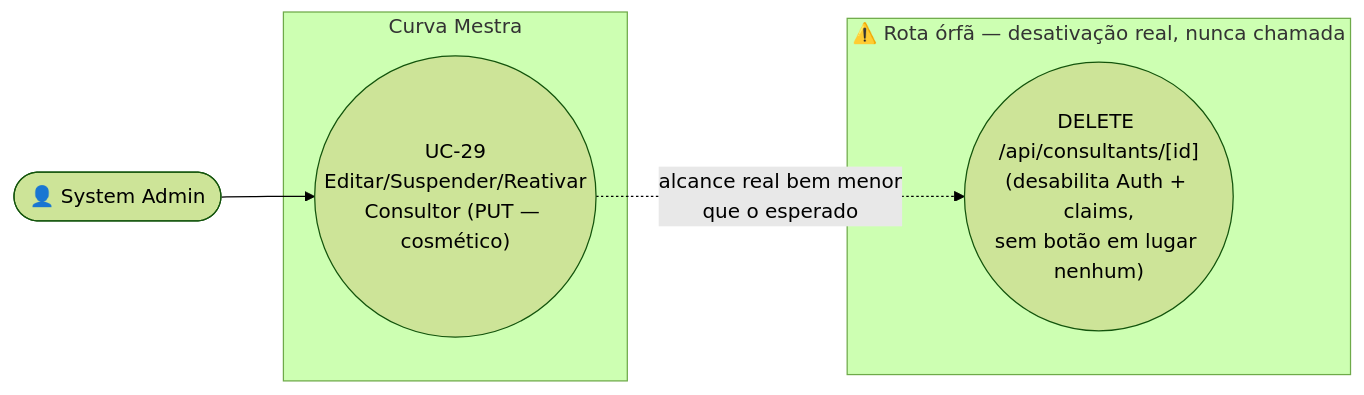
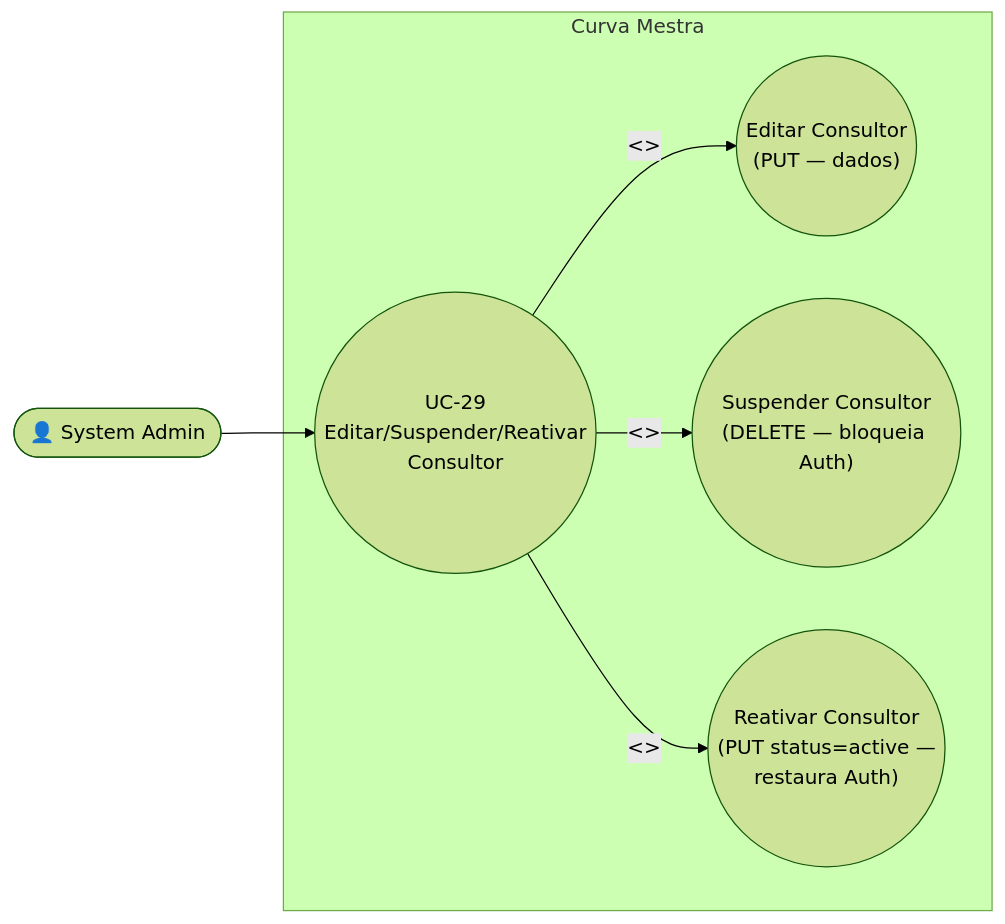
Before and after one commit to GScandelari/curva_mestra_system: the diagram in ONLY_FOR_DEVS/PO_BA_Docs/UC-29-editar-suspender-e-reativar-consultor.md, drawn with Mermaid (forest theme). The commit also changed other lines of this file and 1 other file, not shown here.

````diff
--- a/ONLY_FOR_DEVS/PO_BA_Docs/UC-29-editar-suspender-e-reativar-consultor.md
+++ b/ONLY_FOR_DEVS/PO_BA_Docs/UC-29-editar-suspender-e-reativar-consultor.md
@@ -16,15 +16,16 @@
 ```mermaid
 flowchart LR
     SystemAdmin([👤 System Admin])
 
     subgraph Sistema["Curva Mestra"]
-        UC29(("UC-29\nEditar/Suspender/Reativar\nConsultor (PUT — cosmético)"))
-    end
-
-    subgraph Orfao["⚠️ Rota órfã — desativação real, nunca chamada"]
-        Delete(("DELETE /api/consultants/[id]\n(desabilita Auth + claims,\nsem botão em lugar nenhum)"))
+        UC29(("UC-29\nEditar/Suspender/Reativar\nConsultor"))
+        Editar(("Editar Consultor\n(PUT — dados)"))
+        Suspender(("Suspender Consultor\n(DELETE — bloqueia Auth)"))
+        Reativar(("Reativar Consultor\n(PUT status=active —\nrestaura Auth)"))
     end
 
     SystemAdmin --> UC29
-    UC29 -.->|alcance real bem menor\nque o esperado| Delete
+    UC29 -->|"<<include>>"| Editar
+    UC29 -->|"<<include>>"| Suspender
+    UC29 -->|"<<include>>"| Reativar
 ```
````
